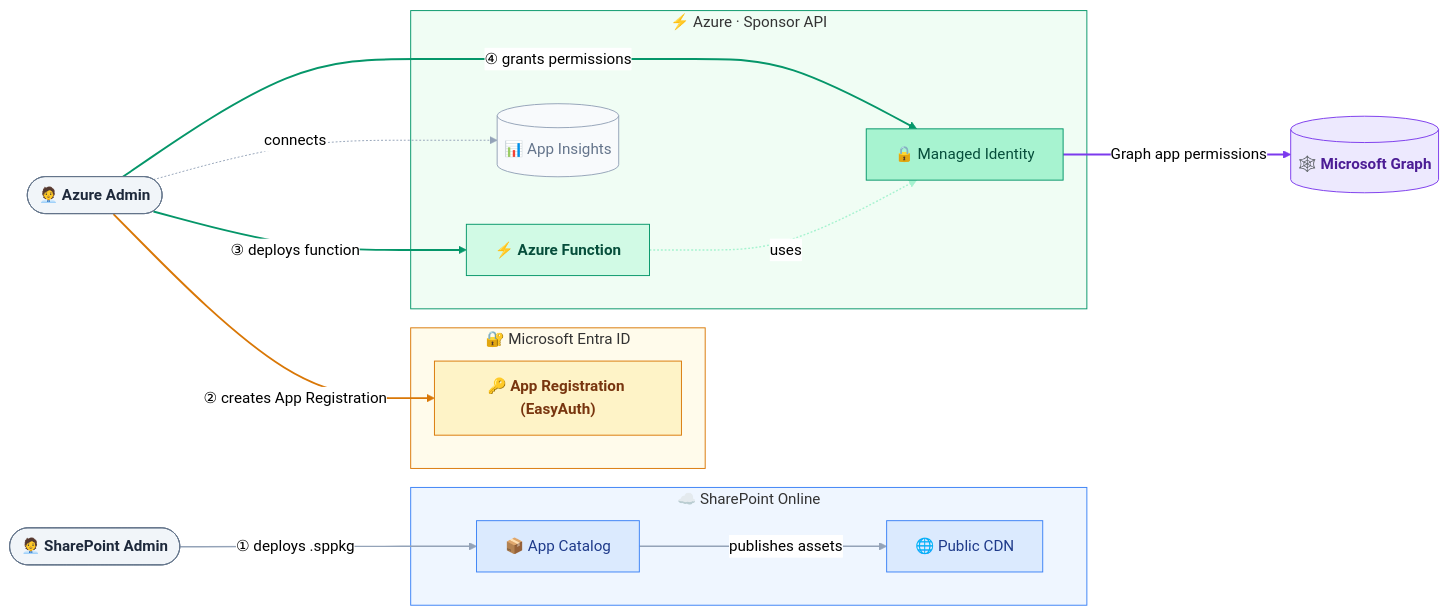
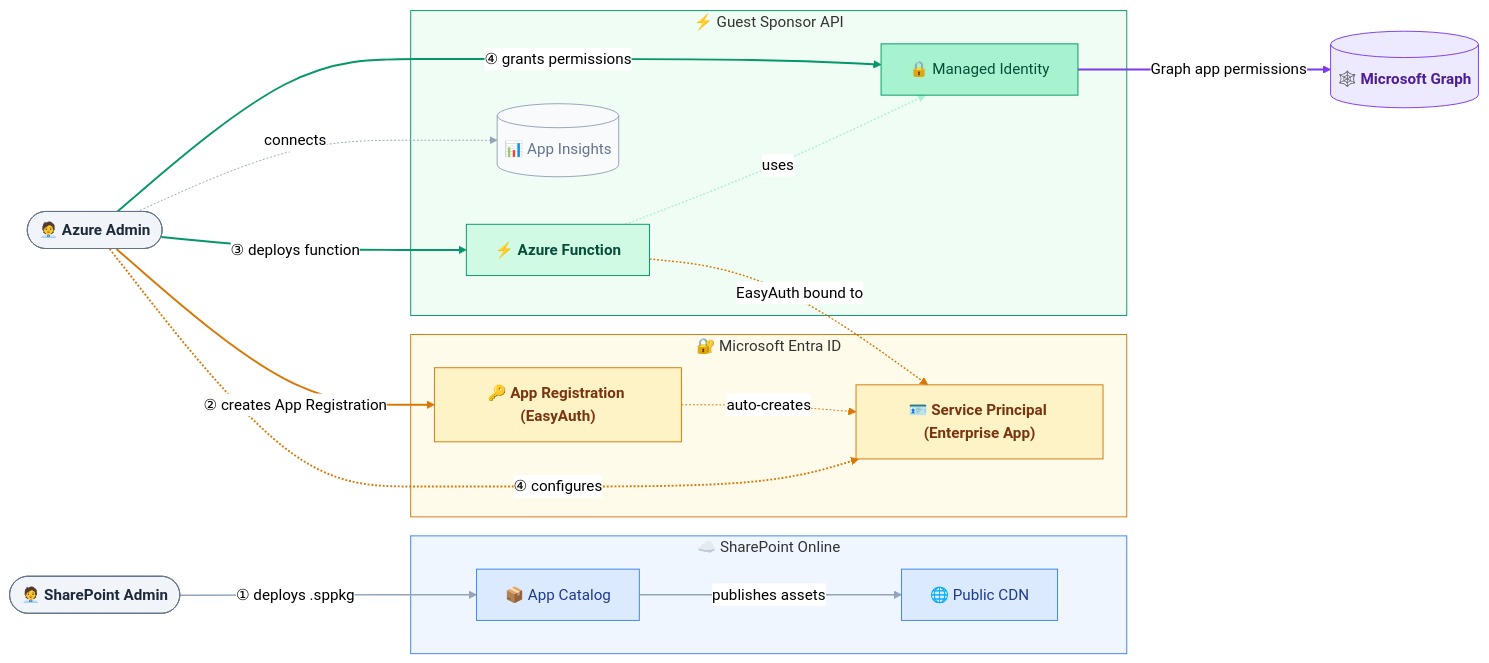
The first of 3 diagrams in docs/architecture-diagram.md (jpawlowski/spfx-guest-sponsor-info), drawn with Mermaid (neutral theme) before and after one commit. The commit also changed other lines of this file, not shown here.

Commit message:
docs(architecture-diagram): add service principal node and installation tip
- Add 'Service Principal (Enterprise App)' as an explicit node in the
  Entra ID subgraph of the Setup diagram
- Add edges: AppReg auto-creates SP, EasyAuth binds Function to SP,
  AzAdmin configures SP in step 4
- Update permissions table: step 3 now describes EasyAuth binding; step
  4 now documents SP creation and appRoleAssignmentRequired=false
- Add TIP admonition highlighting steps 1-4 as an installation checklist
- Update intro sentence to call out the setup diagram as a checklist
- Rename both subgraph labels from 'Azure · Sponsor API' to
  'Guest Sponsor API'
- Update Runtime legend and step descriptions to use 'Guest Sponsor API'
- Rename Fallback section and Component Summary table row accordingly
- Add cross-references from README and deployment.md to the setup diagram

````diff
--- a/docs/architecture-diagram.md
+++ b/docs/architecture-diagram.md
@@ -20,60 +20,70 @@
 ```mermaid
 flowchart LR
     classDef admin    fill:#f1f5f9,stroke:#64748b,color:#1e293b,font-weight:bold
     classDef delivery fill:#dbeafe,stroke:#3b82f6,color:#1e3a8a
     classDef token    fill:#fef3c7,stroke:#d97706,color:#78350f,font-weight:bold
     classDef gate     fill:#fde68a,stroke:#b45309,color:#78350f,font-weight:bold
     classDef func     fill:#d1fae5,stroke:#059669,color:#064e3b,font-weight:bold
     classDef infra    fill:#a7f3d0,stroke:#059669,color:#064e3b
     classDef logs     fill:#f8fafc,stroke:#94a3b8,color:#64748b
     classDef msgraph  fill:#ede9fe,stroke:#7c3aed,color:#4c1d95,font-weight:bold
 
     SpAdmin(["🧑‍💼 SharePoint Admin"]):::admin
     AzAdmin(["🧑‍💼 Azure Admin"]):::admin
 
     subgraph spo["☁️ SharePoint Online"]
         Catalog["📦 App Catalog"]:::delivery
         CDN["🌐 Public CDN"]:::delivery
     end
 
     subgraph entra["🔐 Microsoft Entra ID"]
         AppReg["🔑 App Registration (EasyAuth)"]:::token
+        SP["🪪 Service Principal (Enterprise App)"]:::token
     end
 
-    subgraph azure["⚡ Azure · Sponsor API"]
+    subgraph azure["⚡ Guest Sponsor API"]
         Func["⚡ Azure Function"]:::func
         MI["🔒 Managed Identity"]:::infra
         AI[("📊 App Insights")]:::logs
     end
 
     Graph[("🕸️ Microsoft Graph")]:::msgraph
 
     SpAdmin -- "① deploys .sppkg"        --> Catalog
     Catalog -- "publishes assets"         --> CDN
 
     AzAdmin -- "② creates App Registration" --> AppReg
+    AppReg  -. "auto-creates"            .-> SP
     AzAdmin -- "③ deploys function"      --> Func
+    Func    -. "EasyAuth bound to"       .-> SP
     AzAdmin -- "④ grants permissions"    --> MI
-    Func    -. "uses"                    .-> MI
+    AzAdmin -. "④ configures"           .-> SP
+    Func    -. "uses"                   .-> MI
     MI      -- "Graph app permissions"   --> Graph
     AzAdmin -. "connects"               .-> AI
 
     style spo   fill:#eff6ff,stroke:#3b82f6
     style entra fill:#fffbeb,stroke:#d97706
     style azure fill:#f0fdf4,stroke:#059669
 
     %% 0–1   SharePoint delivery chain
     linkStyle 0,1   stroke:#94a3b8,stroke-width:1.5px
     %% 2     App Registration creation
     linkStyle 2     stroke:#d97706,stroke-width:2px
-    %% 3     Function deployment
-    linkStyle 3     stroke:#059669,stroke-width:2px
-    %% 4     permission grant
+    %% 3     AppReg auto-creates SP
+    linkStyle 3     stroke:#d97706,stroke-width:1px
+    %% 4     Function deployment
     linkStyle 4     stroke:#059669,stroke-width:2px
-    %% 5     Func uses MI
-    linkStyle 5     stroke:#a7f3d0,stroke-width:1.5px
-    %% 6     MI→Graph permission
-    linkStyle 6     stroke:#7c3aed,stroke-width:2px
-    %% 7     AI connection
-    linkStyle 7     stroke:#94a3b8,stroke-width:1px
+    %% 5     EasyAuth bound to SP
+    linkStyle 5     stroke:#d97706,stroke-width:1.5px
+    %% 6     permission grant to MI
+    linkStyle 6     stroke:#059669,stroke-width:2px
+    %% 7     SP configuration (step ④)
+    linkStyle 7     stroke:#d97706,stroke-width:2px
+    %% 8     Func uses MI
+    linkStyle 8     stroke:#a7f3d0,stroke-width:1.5px
+    %% 9     MI→Graph permission
+    linkStyle 9     stroke:#7c3aed,stroke-width:2px
+    %% 10    AI connection
+    linkStyle 10    stroke:#94a3b8,stroke-width:1px
 ```
````
